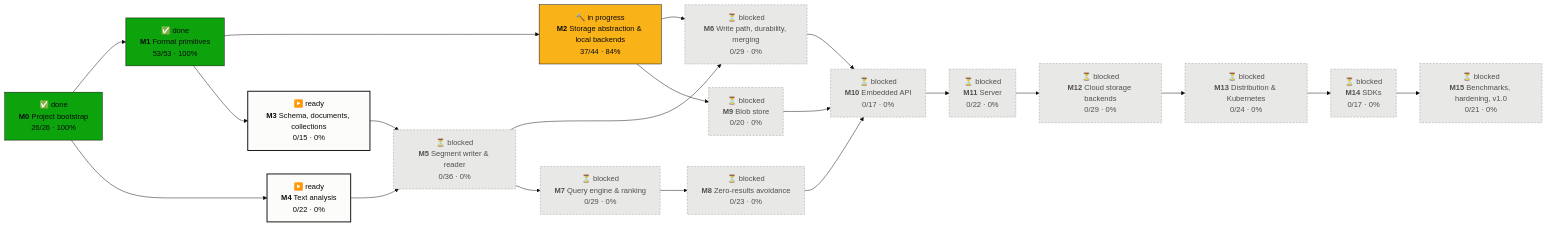
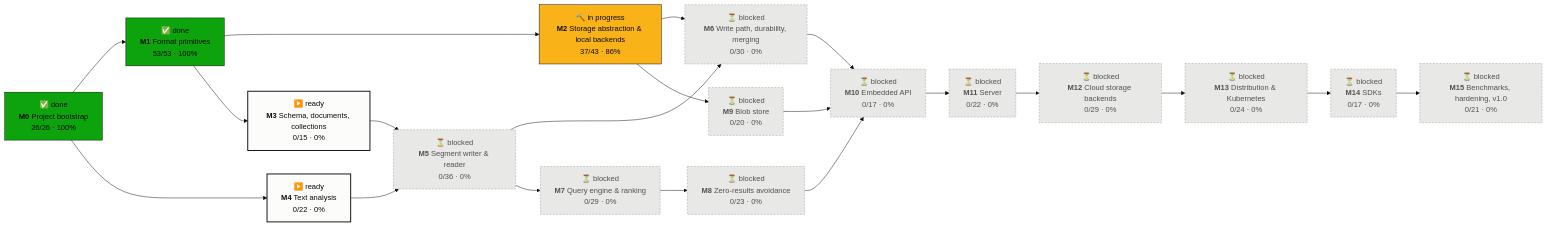
The first of 2 diagrams in PROGRESS.md (tomiok/persiaDB), drawn with Mermaid (base theme) before and after one commit. The commit also changed other lines of this file and 1 other file, not shown here.

Commit message:
chore(roadmap): move 2.4.6 to M6 as 6.3.6; reword 2.4.14 to match ADR-0015

````diff
--- a/PROGRESS.md
+++ b/PROGRESS.md
@@ -14,42 +14,42 @@
 ```mermaid
 flowchart LR
   M0["✅ done<br/><b>M0</b> Project bootstrap<br/>26/26 · 100%"]:::done
   M1["✅ done<br/><b>M1</b> Format primitives<br/>53/53 · 100%"]:::done
-  M2["🔨 in progress<br/><b>M2</b> Storage abstraction & local backends<br/>37/44 · 84%"]:::doing
+  M2["🔨 in progress<br/><b>M2</b> Storage abstraction & local backends<br/>37/43 · 86%"]:::doing
   M3["▶️ ready<br/><b>M3</b> Schema, documents, collections<br/>0/15 · 0%"]:::ready
   M4["▶️ ready<br/><b>M4</b> Text analysis<br/>0/22 · 0%"]:::ready
   M5["⏳ blocked<br/><b>M5</b> Segment writer & reader<br/>0/36 · 0%"]:::blocked
-  M6["⏳ blocked<br/><b>M6</b> Write path, durability, merging<br/>0/29 · 0%"]:::blocked
+  M6["⏳ blocked<br/><b>M6</b> Write path, durability, merging<br/>0/30 · 0%"]:::blocked
   M7["⏳ blocked<br/><b>M7</b> Query engine & ranking<br/>0/29 · 0%"]:::blocked
   M8["⏳ blocked<br/><b>M8</b> Zero-results avoidance<br/>0/23 · 0%"]:::blocked
   M9["⏳ blocked<br/><b>M9</b> Blob store<br/>0/20 · 0%"]:::blocked
   M10["⏳ blocked<br/><b>M10</b> Embedded API<br/>0/17 · 0%"]:::blocked
   M11["⏳ blocked<br/><b>M11</b> Server<br/>0/22 · 0%"]:::blocked
   M12["⏳ blocked<br/><b>M12</b> Cloud storage backends<br/>0/29 · 0%"]:::blocked
   M13["⏳ blocked<br/><b>M13</b> Distribution & Kubernetes<br/>0/24 · 0%"]:::blocked
   M14["⏳ blocked<br/><b>M14</b> SDKs<br/>0/17 · 0%"]:::blocked
   M15["⏳ blocked<br/><b>M15</b> Benchmarks, hardening, v1.0<br/>0/21 · 0%"]:::blocked
   M0 --> M1
   M1 --> M2
   M1 --> M3
   M0 --> M4
   M3 --> M5
   M4 --> M5
   M2 --> M6
   M5 --> M6
   M5 --> M7
   M7 --> M8
   M2 --> M9
   M6 --> M10
   M8 --> M10
   M9 --> M10
   M10 --> M11
   M11 --> M12
   M12 --> M13
   M13 --> M14
   M14 --> M15
   classDef done fill:#0ca30c,stroke:#0b0b0b,color:#0b0b0b
   classDef doing fill:#fab219,stroke:#0b0b0b,color:#0b0b0b
   classDef ready fill:#fcfcfb,stroke:#0b0b0b,stroke-width:2px,color:#0b0b0b
   classDef blocked fill:#e8e8e6,stroke:#9a9a96,stroke-dasharray:4 3,color:#52514e
 ```
````
